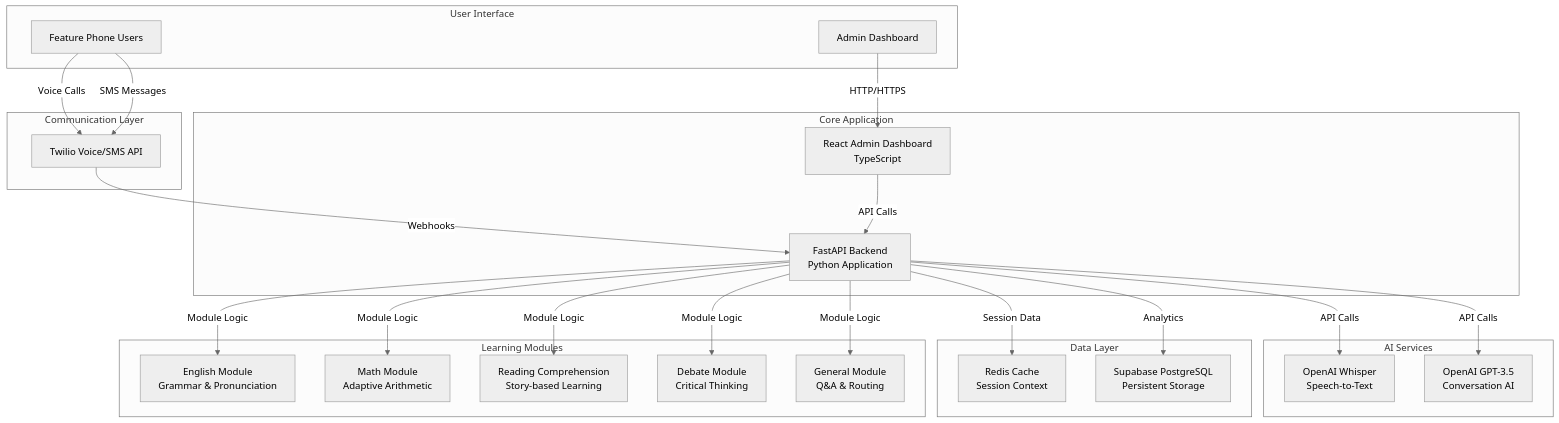
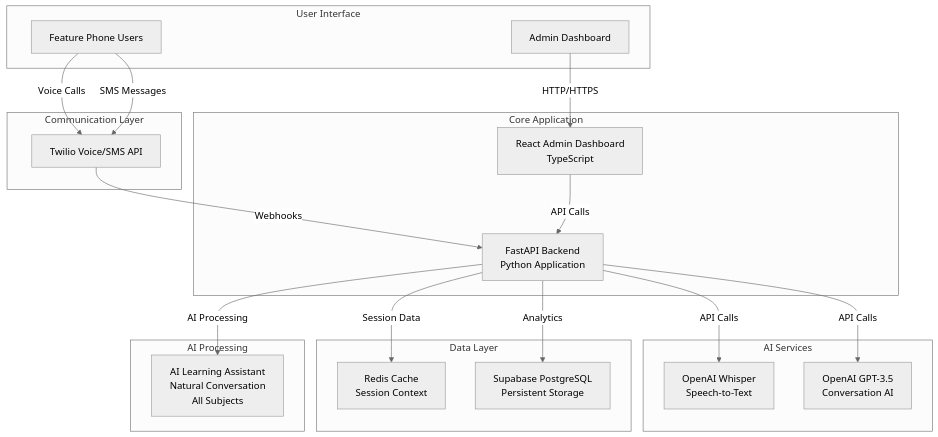
The first of 2 diagrams in docs/system_architecture.md (bakameai/mvp), drawn with Mermaid (neutral theme) before and after one commit. The commit also changed other lines of this file and 16 other files, not shown here.

First line of the commit message:
Complete GPT-only simplification: remove all learning modules and session persistence

````diff
--- a/docs/system_architecture.md
+++ b/docs/system_architecture.md
@@ -5,49 +5,41 @@
 ```mermaid
 graph TB
     subgraph "User Interface"
         Phone[Feature Phone Users]
         Admin[Admin Dashboard]
     end
     
     subgraph "Communication Layer"
         Twilio[Twilio Voice/SMS API]
     end
     
     subgraph "Core Application"
         Backend[FastAPI Backend<br/>Python Application]
         Frontend[React Admin Dashboard<br/>TypeScript]
     end
     
     subgraph "AI Services"
         Whisper[OpenAI Whisper<br/>Speech-to-Text]
         GPT[OpenAI GPT-3.5<br/>Conversation AI]
     end
     
     subgraph "Data Layer"
         Redis[Redis Cache<br/>Session Context]
         Supabase[Supabase PostgreSQL<br/>Persistent Storage]
     end
     
-    subgraph "Learning Modules"
-        English[English Module<br/>Grammar & Pronunciation]
-        Math[Math Module<br/>Adaptive Arithmetic]
-        Comprehension[Reading Comprehension<br/>Story-based Learning]
-        Debate[Debate Module<br/>Critical Thinking]
-        General[General Module<br/>Q&A & Routing]
+    subgraph "AI Processing"
+        GPTAssistant[AI Learning Assistant<br/>Natural Conversation<br/>All Subjects]
     end
     
     Phone -->|Voice Calls| Twilio
     Phone -->|SMS Messages| Twilio
     Twilio -->|Webhooks| Backend
     Backend -->|API Calls| Whisper
     Backend -->|API Calls| GPT
     Backend -->|Session Data| Redis
     Backend -->|Analytics| Supabase
-    Backend -->|Module Logic| English
-    Backend -->|Module Logic| Math
-    Backend -->|Module Logic| Comprehension
-    Backend -->|Module Logic| Debate
-    Backend -->|Module Logic| General
+    Backend -->|AI Processing| GPTAssistant
     Admin -->|HTTP/HTTPS| Frontend
     Frontend -->|API Calls| Backend
 ```
````
